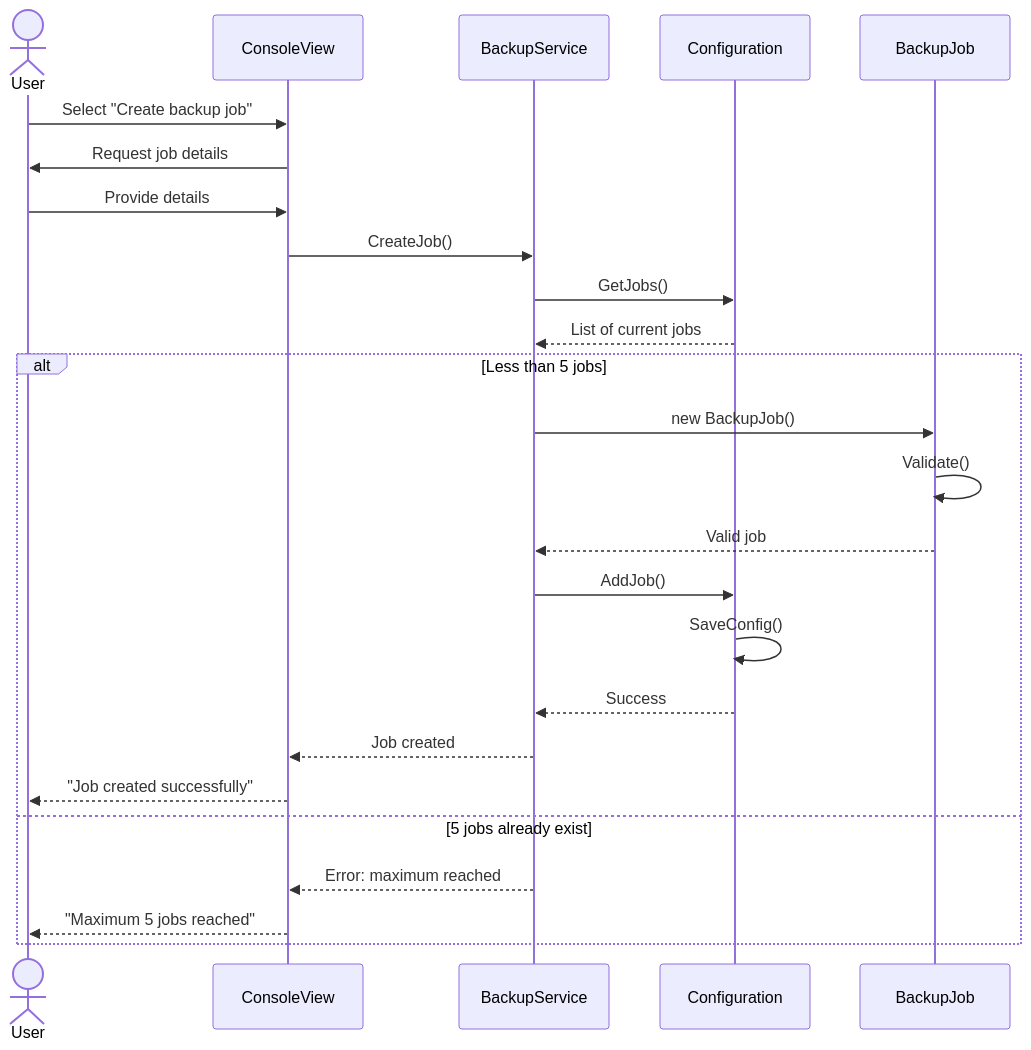
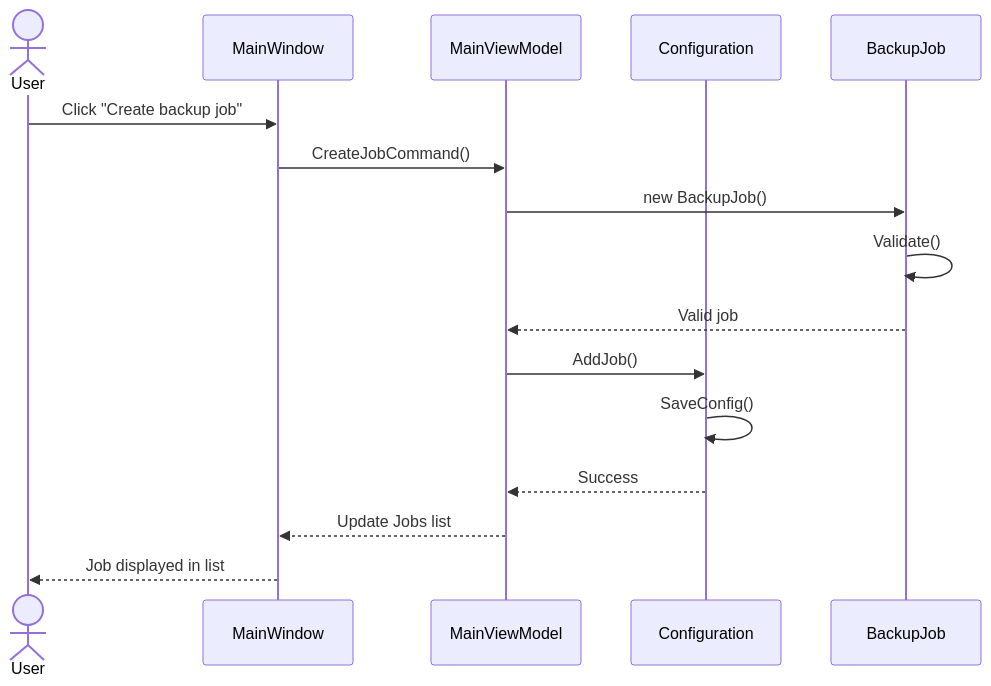
One commit to Groupe1-Prosoft/EasySave changed the third of 8 diagrams in Diagrams/UML.md. Above: the diagram before and after it, drawn with Mermaid. The commit also changed other lines of this file, not shown here.

First line of the commit message:
Revise UML diagrams for EasySave 2.0

````diff
--- a/Diagrams/UML.md
+++ b/Diagrams/UML.md
@@ -193,32 +241,22 @@
 ```mermaid
 sequenceDiagram
     actor User
-    participant ConsoleView
-    participant BackupService
+    participant MainWindow
+    participant MainViewModel
     participant Configuration
     participant BackupJob
 
-    User->>ConsoleView: Select "Create backup job"
-    ConsoleView->>User: Request job details
-    User->>ConsoleView: Provide details
+    User->>MainWindow: Click "Create backup job"
+    MainWindow->>MainViewModel: CreateJobCommand()
 
-    ConsoleView->>BackupService: CreateJob()
-    BackupService->>Configuration: GetJobs()
-    Configuration-->>BackupService: List of current jobs
+    MainViewModel->>BackupJob: new BackupJob()
+    BackupJob->>BackupJob: Validate()
+    BackupJob-->>MainViewModel: Valid job
 
-    alt Less than 5 jobs
-        BackupService->>BackupJob: new BackupJob()
-        BackupJob->>BackupJob: Validate()
-        BackupJob-->>BackupService: Valid job
+    MainViewModel->>Configuration: AddJob()
+    Configuration->>Configuration: SaveConfig()
+    Configuration-->>MainViewModel: Success
 
-        BackupService->>Configuration: AddJob()
-        Configuration->>Configuration: SaveConfig()
-        Configuration-->>BackupService: Success
-
-        BackupService-->>ConsoleView: Job created
-        ConsoleView-->>User: "Job created successfully"
-    else 5 jobs already exist
-        BackupService-->>ConsoleView: Error: maximum reached
-        ConsoleView-->>User: "Maximum 5 jobs reached"
-    end
+    MainViewModel-->>MainWindow: Update Jobs list
+    MainWindow-->>User: Job displayed in list
 ```
````
